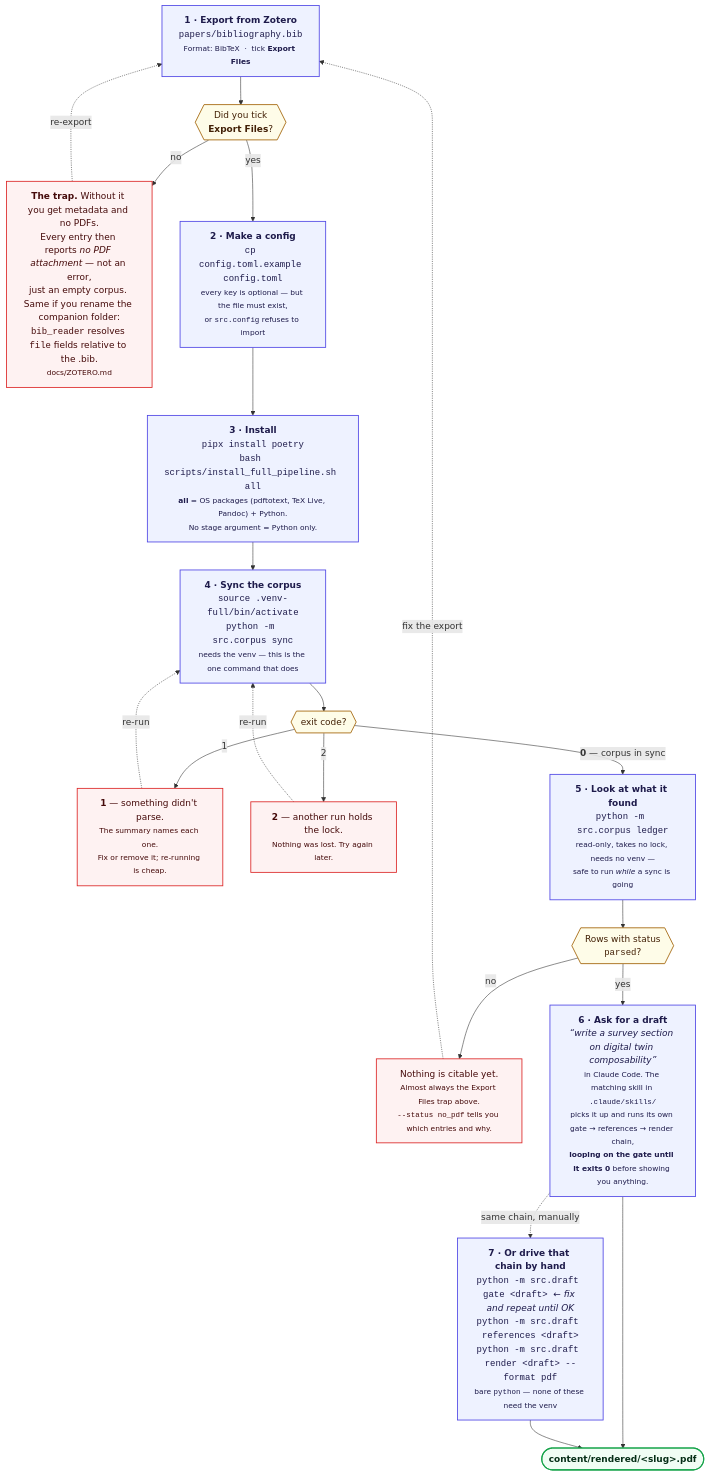
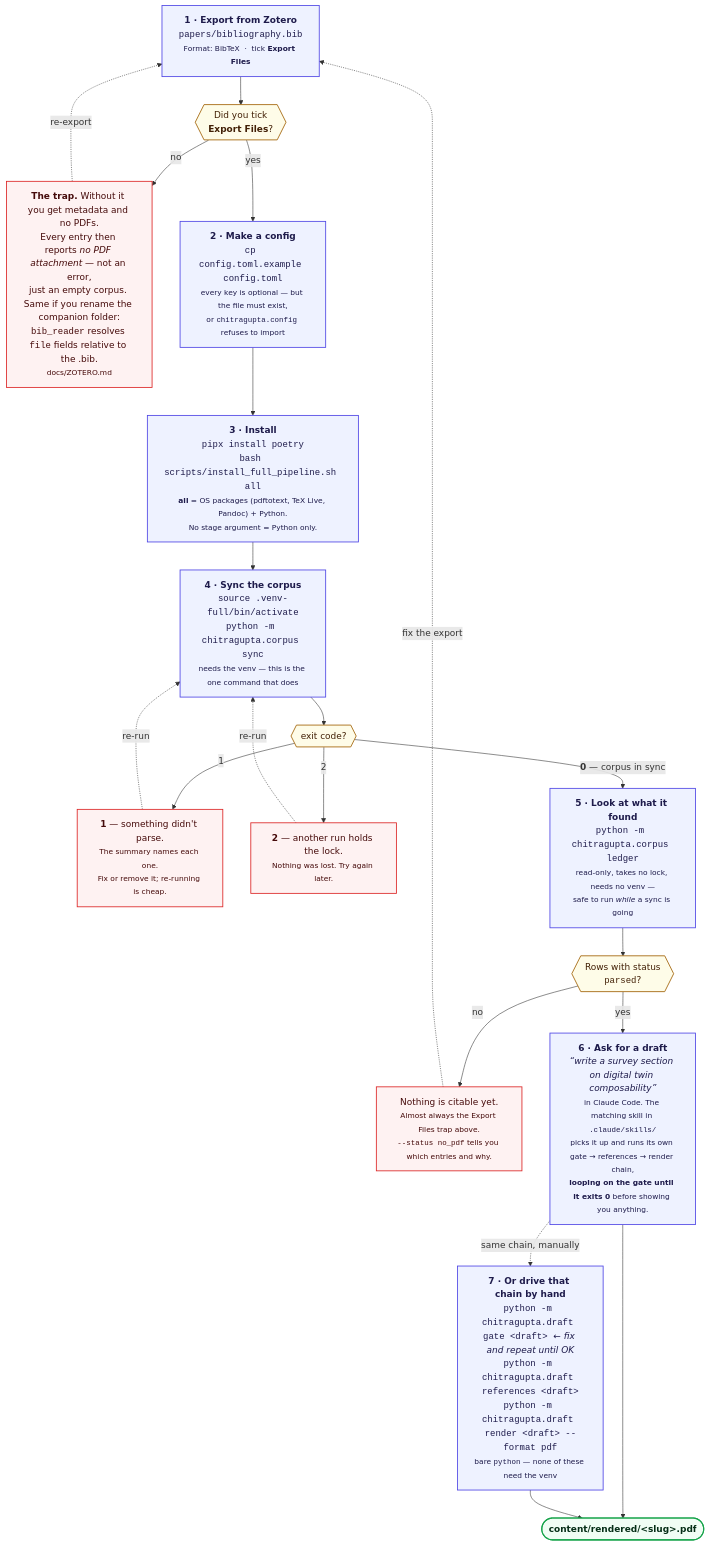
Before and after one commit to prasadtalasila/chitragupta: the second of 11 diagrams in docs/DIAGRAMS.md, drawn with Mermaid. The commit also changed other lines of this file and 255 other files, not shown here.

````diff
--- a/docs/DIAGRAMS.md
+++ b/docs/DIAGRAMS.md
@@ -111,51 +111,51 @@
 ```mermaid
 flowchart TB
 
   A["<b>1 · Export from Zotero</b><br/><code>papers/bibliography.bib</code><br/><small>Format: BibTeX &nbsp;·&nbsp; tick <b>Export Files</b></small>"]
   A1{{"Did you tick<br/><b>Export Files</b>?"}}
   ATRAP["<b>The trap.</b> Without it you get metadata and no PDFs.<br/>Every entry then reports <i>no PDF attachment</i> — not an error,<br/>just an empty corpus. Same if you rename the companion folder:<br/><code>bib_reader</code> resolves <code>file</code> fields relative to the .bib.<br/><small>docs/ZOTERO.md</small>"]
 
-  B["<b>2 · Make a config</b><br/><code>cp config.toml.example config.toml</code><br/><small>every key is optional — but the file must exist,<br/>or <code>src.config</code> refuses to import</small>"]
+  B["<b>2 · Make a config</b><br/><code>cp config.toml.example config.toml</code><br/><small>every key is optional — but the file must exist,<br/>or <code>chitragupta.config</code> refuses to import</small>"]
 
   C["<b>3 · Install</b><br/><code>pipx install poetry</code><br/><code>bash scripts/install_full_pipeline.sh all</code><br/><small><b>all</b> = OS packages (pdftotext, TeX Live, Pandoc) + Python.<br/>No stage argument = Python only.</small>"]
 
-  D["<b>4 · Sync the corpus</b><br/><code>source .venv-full/bin/activate</code><br/><code>python -m src.corpus sync</code><br/><small>needs the venv — this is the one command that does</small>"]
+  D["<b>4 · Sync the corpus</b><br/><code>source .venv-full/bin/activate</code><br/><code>python -m chitragupta.corpus sync</code><br/><small>needs the venv — this is the one command that does</small>"]
   D1{{"exit code?"}}
   DFAIL["<b>1</b> — something didn't parse.<br/><small>The summary names each one.<br/>Fix or remove it; re-running is cheap.</small>"]
   DBUSY["<b>2</b> — another run holds the lock.<br/><small>Nothing was lost. Try again later.</small>"]
 
-  E["<b>5 · Look at what it found</b><br/><code>python -m src.corpus ledger</code><br/><small>read-only, takes no lock, needs no venv —<br/>safe to run <i>while</i> a sync is going</small>"]
+  E["<b>5 · Look at what it found</b><br/><code>python -m chitragupta.corpus ledger</code><br/><small>read-only, takes no lock, needs no venv —<br/>safe to run <i>while</i> a sync is going</small>"]
   E1{{"Rows with status<br/><code>parsed</code>?"}}
   EEMPTY["Nothing is citable yet.<br/><small>Almost always the Export Files trap above.<br/><code>--status no_pdf</code> tells you which entries and why.</small>"]
 
   F["<b>6 · Ask for a draft</b><br/><i>“write a survey section on digital twin composability”</i><br/><small>in Claude Code. The matching skill in <code>.claude/skills/</code><br/>picks it up and runs its own gate → references → render chain,<br/><b>looping on the gate until it exits 0</b> before showing you anything.</small>"]
 
-  G["<b>7 · Or drive that chain by hand</b><br/><code>python -m src.draft gate &lt;draft&gt;</code> &nbsp;<i>← fix and repeat until OK</i><br/><code>python -m src.draft references &lt;draft&gt;</code><br/><code>python -m src.draft render &lt;draft&gt; --format pdf</code><br/><small>bare <code>python</code> — none of these need the venv</small>"]
+  G["<b>7 · Or drive that chain by hand</b><br/><code>python -m chitragupta.draft gate &lt;draft&gt;</code> &nbsp;<i>← fix and repeat until OK</i><br/><code>python -m chitragupta.draft references &lt;draft&gt;</code><br/><code>python -m chitragupta.draft render &lt;draft&gt; --format pdf</code><br/><small>bare <code>python</code> — none of these need the venv</small>"]
 
   DONE(["<b>content/rendered/&lt;slug&gt;.pdf</b>"])
 
   A --> A1
   A1 -- no --> ATRAP
   ATRAP -. "re-export" .-> A
   A1 -- yes --> B --> C --> D --> D1
   D1 -- "1" --> DFAIL
   D1 -- "2" --> DBUSY
   DBUSY -. "re-run" .-> D
   DFAIL -. "re-run" .-> D
   D1 -- "<b>0</b> — corpus in sync" --> E --> E1
   E1 -- no --> EEMPTY
   EEMPTY -. "fix the export" .-> A
   E1 -- yes --> F --> DONE
   F -. "same chain, manually" .-> G
   G --> DONE
 
   classDef step fill:#eef2ff,stroke:#4f46e5,stroke-width:1.5px,color:#1e1b4b
   classDef check fill:#fefce8,stroke:#a16207,stroke-width:1.5px,color:#422006
   classDef trap fill:#fef2f2,stroke:#dc2626,stroke-width:1.5px,color:#450a0a
   classDef done fill:#f0fdf4,stroke:#16a34a,stroke-width:2px,color:#052e16
 
   class A,B,C,D,E,F,G step
   class A1,D1,E1 check
   class ATRAP,EEMPTY,DFAIL,DBUSY trap
   class DONE done
 ```
````
